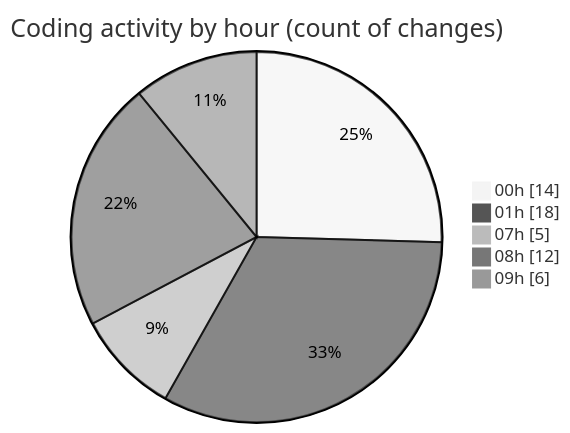
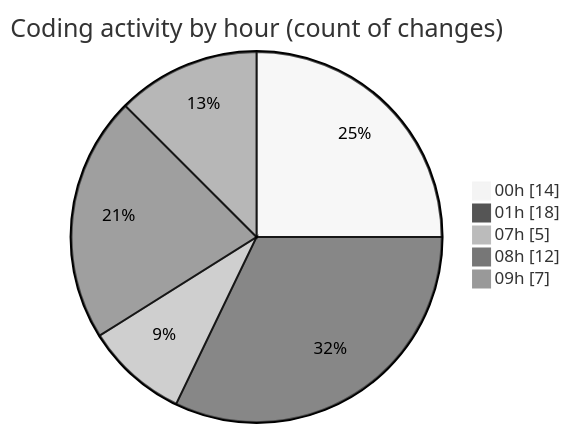
The second of 2 diagrams in 2025-06-23/studio-backend/README.md (idhammustaqopulfikri/code-tracking), drawn with Mermaid (neutral theme) before and after one commit. The commit also changed other lines of this file and 1 other file, not shown here.

````diff
--- a/2025-06-23/studio-backend/README.md
+++ b/2025-06-23/studio-backend/README.md
@@ -33,9 +33,9 @@
 ```mermaid
 pie showData
 title Coding activity by hour (count of changes)
 "00h" : 14
 "01h" : 18
 "07h" : 5
 "08h" : 12
-"09h" : 6
+"09h" : 7
 ```
````
